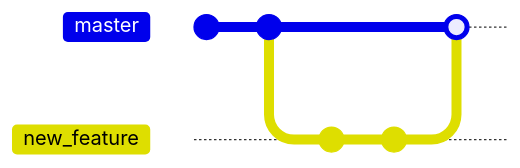
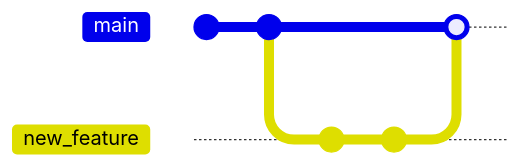
The first of 5 diagrams in presentasjon/slides.md (Aalesund-Techschool/git), drawn with Mermaid before and after one commit. The commit also changed other lines of this file, not shown here. Commit ids are hidden.

````diff
--- a/presentasjon/slides.md
+++ b/presentasjon/slides.md
@@ -64,11 +64,11 @@
 ```mermaid {theme: 'base', scale: 1.3}
-%%{init: { 'gitGraph': { 'mainBranchName': 'master', 'showCommitLabel': false } } }%%
+%%{init: { 'gitGraph': { 'mainBranchName': 'main', 'showCommitLabel': false } } }%%
 gitGraph
    commit
    commit
    branch new_feature
    commit
    commit
-   checkout master
+   checkout main
    merge new_feature
 ```
````
